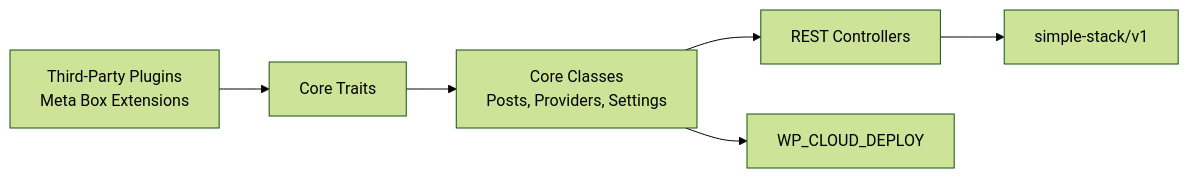
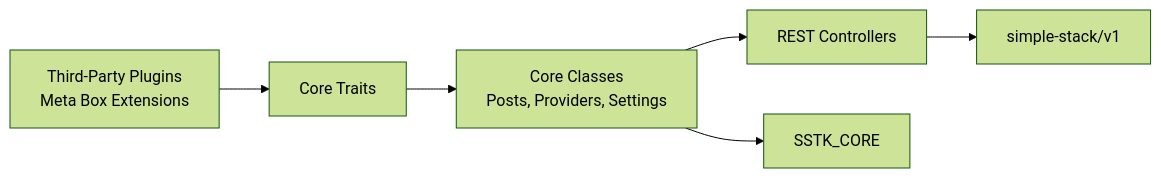
Before and after one commit to onedogsolutions/simple-stack: the fourth of 5 diagrams in .qoder/repowiki/en/content/Core Components/Plugin Bootstrap & Initialization.md, drawn with Mermaid (forest theme). The commit also changed other lines of this file and 5941 other files, not shown here.

First line of the commit message:
refactor(core): rebrand WPCloudDeploy to Simple Stack with new namespaces and prefixes

````diff
--- a/.qoder/repowiki/en/content/Core Components/Plugin Bootstrap & Initialization.md
+++ b/.qoder/repowiki/en/content/Core Components/Plugin Bootstrap & Initialization.md
@@ -287,8 +286,8 @@
 ```mermaid
 graph LR
 ThirdParty["Third-Party Plugins<br/>Meta Box Extensions"] --> CoreTraits["Core Traits"]
 CoreTraits --> CoreClasses["Core Classes<br/>Posts, Providers, Settings"]
 CoreClasses --> RestControllers["REST Controllers"]
-CoreClasses --> MainOrchestrator["WP_CLOUD_DEPLOY"]
+CoreClasses --> MainOrchestrator["SSTK_CORE"]
 RestControllers --> RESTNamespace["simple-stack/v1"]
 ```
````
